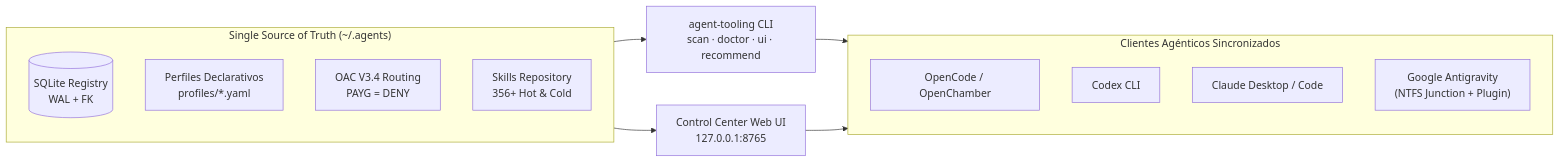
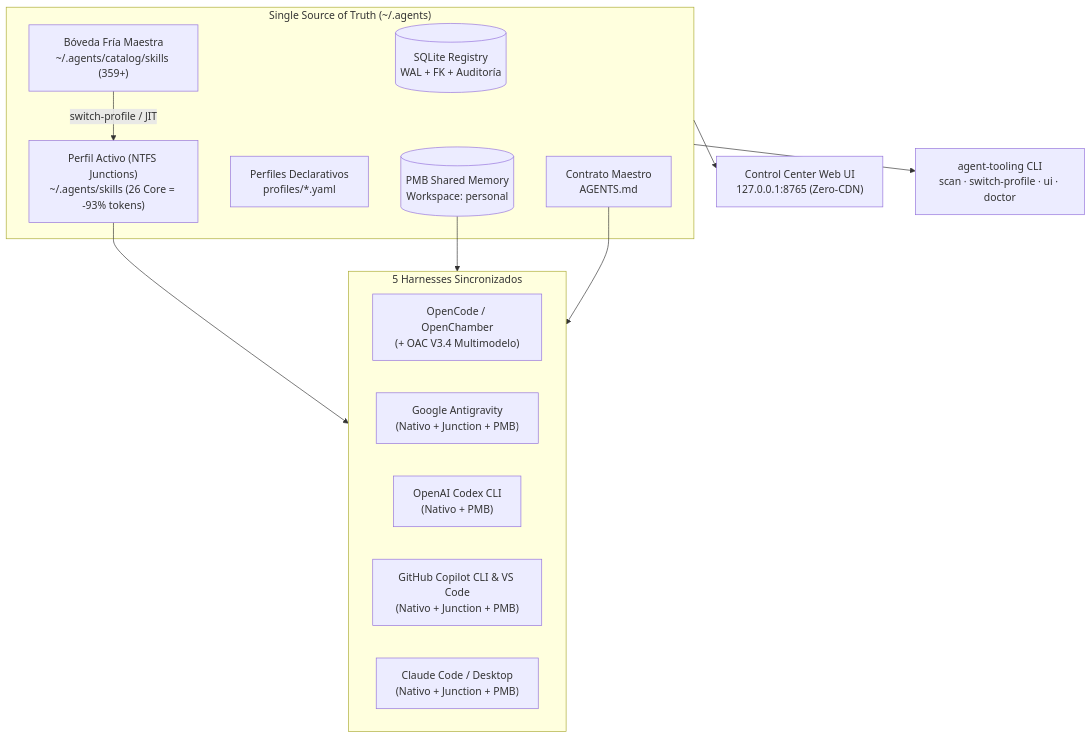
Before and after one commit to matrixelfe/multi-agents-profiles-mcp-skills: the diagram in README.md, drawn with Mermaid. The commit also changed other lines of this file and 3 other files, not shown here.

Commit message:
docs(readme): showcase Multi-IDE Agentic Framework v3.2 with live Control Center screenshots, 93% token savings, PMB cross-IDE memory, and Playbook

````diff
--- a/README.md
+++ b/README.md
@@ -35,24 +56,29 @@
 ```mermaid
-flowchart LR
+flowchart TB
     subgraph SSOT["Single Source of Truth (~/.agents)"]
-        DB[("SQLite Registry\nWAL + FK")]
+        DB[("SQLite Registry\nWAL + FK + Auditoría")]
+        VAULT["Bóveda Fría Maestra\n~/.agents/catalog/skills (359+)"]
+        HOT["Perfil Activo (NTFS Junctions)\n~/.agents/skills (26 Core = -93% tokens)"]
         YAML["Perfiles Declarativos\nprofiles/*.yaml"]
-        OAC["OAC V3.4 Routing\nPAYG = DENY"]
-        SKILLS["Skills Repository\n356+ Hot & Cold"]
+        PMB[("PMB Shared Memory\nWorkspace: personal")]
+        CONTRACT["Contrato Maestro\nAGENTS.md"]
     end
 
-    UI["Control Center Web UI\n127.0.0.1:8765"]
-    CLI["agent-tooling CLI\nscan · doctor · ui · recommend"]
+    UI["Control Center Web UI\n127.0.0.1:8765 (Zero-CDN)"]
+    CLI["agent-tooling CLI\nscan · switch-profile · ui · doctor"]
 
-    subgraph IDES["Clientes Agénticos Sincronizados"]
-        OC["OpenCode / OpenChamber"]
-        CX["Codex CLI"]
-        CL["Claude Desktop / Code"]
-        AG["Google Antigravity\n(NTFS Junction + Plugin)"]
+    subgraph HARNESSES["5 Harnesses Sincronizados"]
+        OC["OpenCode / OpenChamber\n(+ OAC V3.4 Multimodelo)"]
+        AG["Google Antigravity\n(Nativo + Junction + PMB)"]
+        CX["OpenAI Codex CLI\n(Nativo + PMB)"]
+        CP["GitHub Copilot CLI & VS Code\n(Nativo + Junction + PMB)"]
+        CL["Claude Code / Desktop\n(Nativo + Junction + PMB)"]
     end
 
+    VAULT -- "switch-profile / JIT" --> HOT
     SSOT --> CLI
     SSOT --> UI
-    CLI --> IDES
-    UI --> IDES
+    HOT --> HARNESSES
+    PMB --> HARNESSES
+    CONTRACT --> HARNESSES
 ```
````
